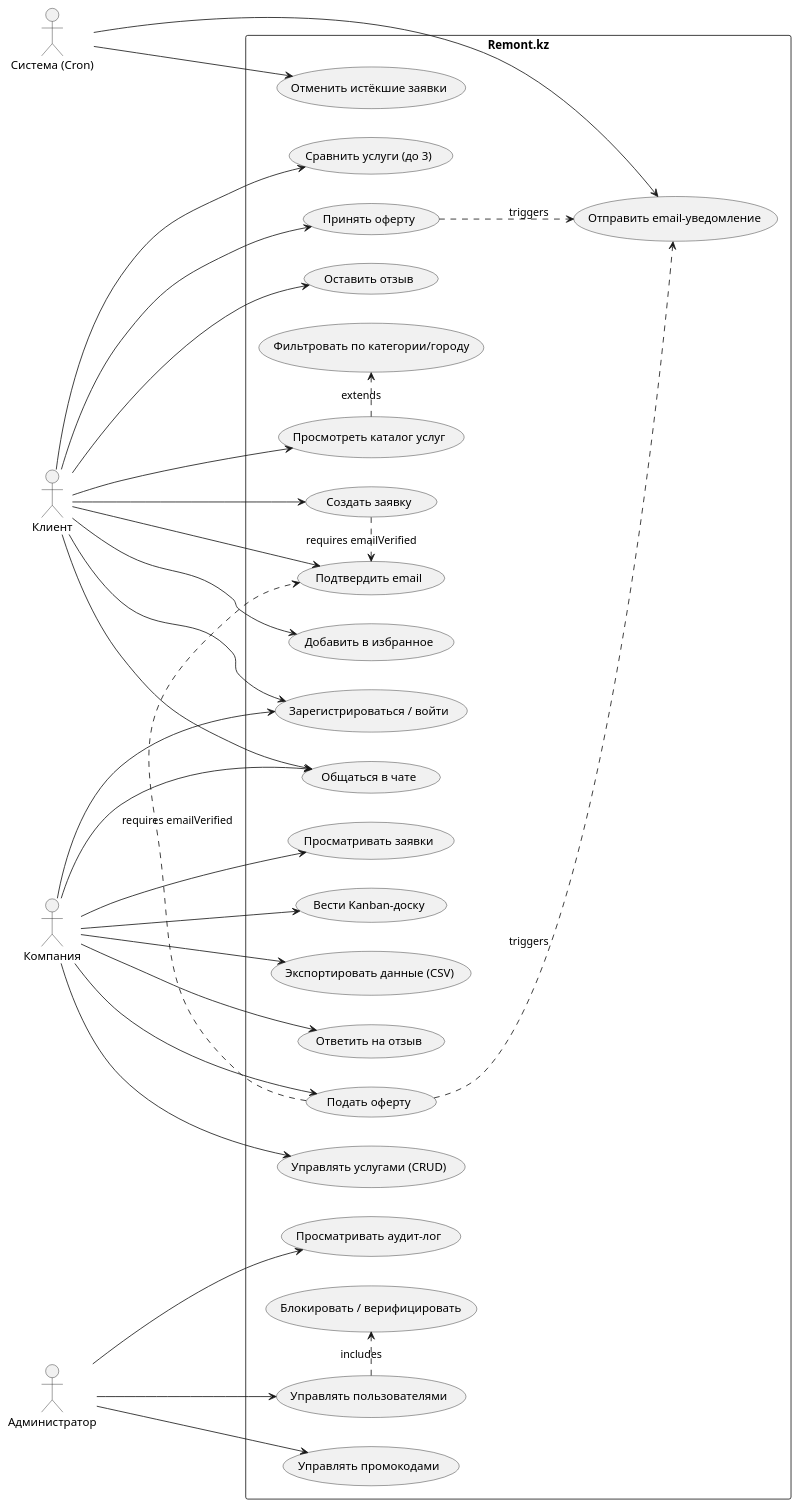
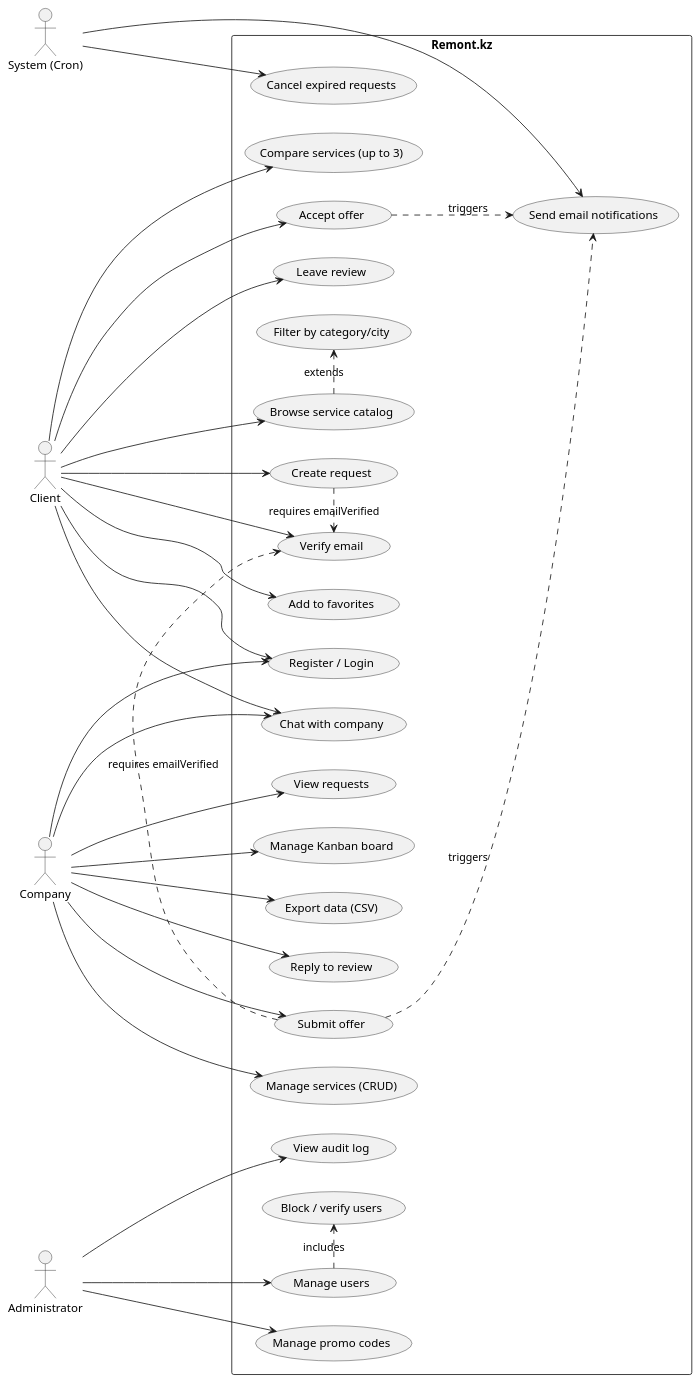
The tenth of 10 diagrams in diploma.md (Asanali2077/remont_kz), drawn with PlantUML before and after one commit. The commit also changed other lines of this file and 2 other files, not shown here.

````diff
--- a/diploma.md
+++ b/diploma.md
@@ -1654,76 +1747,76 @@
 ```plantuml
 @startuml
 left to right direction
 skinparam packageStyle rectangle
 
-actor "Клиент" as C
-actor "Компания" as Co
-actor "Администратор" as A
-actor "Система (Cron)" as S
+actor "Client" as C
+actor "Company" as Co
+actor "Administrator" as A
+actor "System (Cron)" as S
 
 rectangle "Remont.kz" {
-  ' Клиент
-  usecase "Зарегистрироваться / войти" as UC1
-  usecase "Подтвердить email" as UC2
-  usecase "Просмотреть каталог услуг" as UC3
-  usecase "Фильтровать по категории/городу" as UC4
-  usecase "Добавить в избранное" as UC5
-  usecase "Сравнить услуги (до 3)" as UC6
-  usecase "Создать заявку" as UC7
-  usecase "Принять оферту" as UC8
-  usecase "Общаться в чате" as UC9
-  usecase "Оставить отзыв" as UC10
+  ' Client
+  usecase "Register / Login" as UC1
+  usecase "Verify email" as UC2
+  usecase "Browse service catalog" as UC3
+  usecase "Filter by category/city" as UC4
+  usecase "Add to favorites" as UC5
+  usecase "Compare services (up to 3)" as UC6
+  usecase "Create request" as UC7
+  usecase "Accept offer" as UC8
+  usecase "Chat with company" as UC9
+  usecase "Leave review" as UC10
 
-  ' Компания
-  usecase "Управлять услугами (CRUD)" as UC11
-  usecase "Просматривать заявки" as UC12
-  usecase "Подать оферту" as UC13
-  usecase "Вести Kanban-доску" as UC14
-  usecase "Экспортировать данные (CSV)" as UC15
-  usecase "Ответить на отзыв" as UC16
+  ' Company
+  usecase "Manage services (CRUD)" as UC11
+  usecase "View requests" as UC12
+  usecase "Submit offer" as UC13
+  usecase "Manage Kanban board" as UC14
+  usecase "Export data (CSV)" as UC15
+  usecase "Reply to review" as UC16
 
-  ' Администратор
-  usecase "Управлять пользователями" as UC17
-  usecase "Блокировать / верифицировать" as UC18
-  usecase "Управлять промокодами" as UC19
-  usecase "Просматривать аудит-лог" as UC20
+  ' Administrator
+  usecase "Manage users" as UC17
+  usecase "Block / verify users" as UC18
+  usecase "Manage promo codes" as UC19
+  usecase "View audit log" as UC20
 
-  ' Система
-  usecase "Отменить истёкшие заявки" as UC21
-  usecase "Отправить email-уведомление" as UC22
+  ' System
+  usecase "Cancel expired requests" as UC21
+  usecase "Send email notifications" as UC22
 }
 
 C --> UC1
 C --> UC2
 C --> UC3
 UC3 .> UC4 : extends
 C --> UC5
 C --> UC6
 C --> UC7
 UC7 .> UC2 : requires emailVerified
 C --> UC8
 C --> UC9
 C --> UC10
 
 Co --> UC1
 Co --> UC11
 Co --> UC12
 Co --> UC13
 UC13 .> UC2 : requires emailVerified
 Co --> UC14
 Co --> UC15
 Co --> UC16
 Co --> UC9
 
 A --> UC17
 UC17 .> UC18 : includes
 A --> UC19
 A --> UC20
 
 S --> UC21
 S --> UC22
 
 UC8 ..> UC22 : triggers
 UC13 ..> UC22 : triggers
 @enduml
 ```
````
